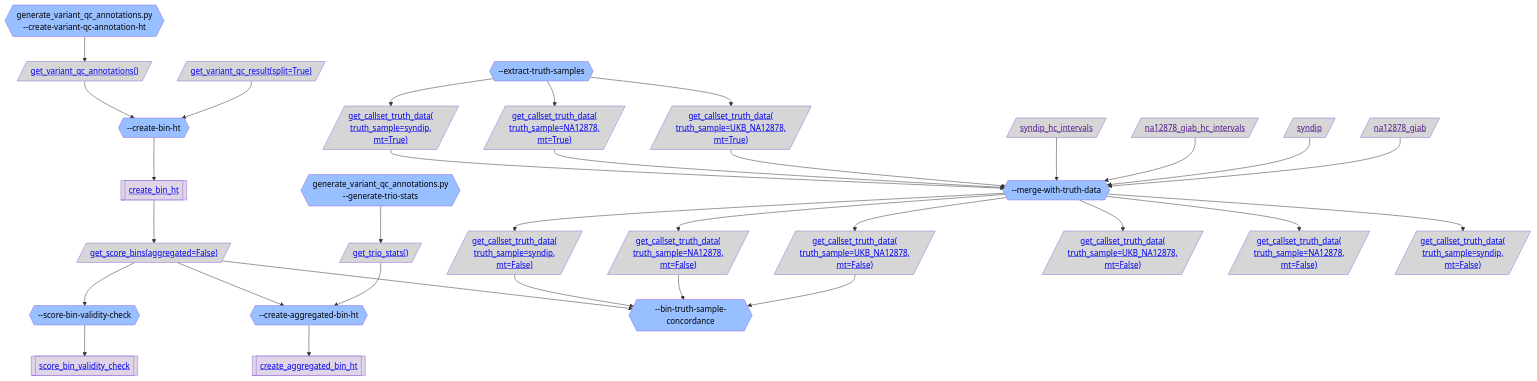
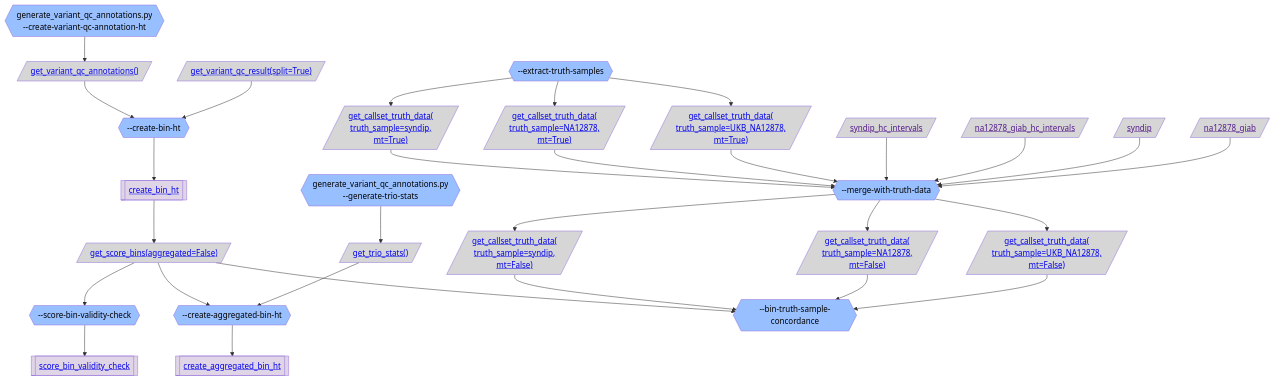
Before and after one commit to broadinstitute/gnomad_qc: the third of 5 diagrams in gnomad_qc/v4/variant_qc/README.md, drawn with Mermaid. The commit also changed other lines of this file and 13 other files, not shown here.

```diff
--- a/gnomad_qc/v4/variant_qc/README.md
+++ b/gnomad_qc/v4/variant_qc/README.md
@@ -160,7 +150,7 @@
 
   step_create_variant_qc_annotation_ht{{"generate_variant_qc_annotations.py
 --create-variant-qc-annotation-ht"}}:::step_color;
-  resource_get_variant_qc_annotations_[/"<a href='https://github.com/broadinstitute/gnomad_qc/tree/main/gnomad_qc/v4/resources/annotations.py#L149'>get_variant_qc_annotations()</a>"/]:::resource_color;
+  resource_get_variant_qc_annotations[/"<a href='https://github.com/broadinstitute/gnomad_qc/tree/main/gnomad_qc/v4/resources/annotations.py#L149'>get_variant_qc_annotations()</a>"/]:::resource_color;
   step_create_bin_ht{{"--create-bin-ht"}}:::step_color;
   func_create_bin_ht[["<a href='https://github.com/broadinstitute/gnomad_qc/tree/main/gnomad_qc/v4/variant_qc/evaluation.py#L42'>create_bin_ht</a>"]]:::func_color;
   resource_get_variant_qc_result_split_True[/"<a href='https://github.com/broadinstitute/gnomad_qc/tree/main/gnomad_qc/v4/resources/variant_qc.py#L257'>get_variant_qc_result(split=True)</a>"/]:::resource_color;
@@ -171,7 +161,7 @@
   func_create_aggregated_bin_ht[["<a href='https://github.com/broadinstitute/gnomad_qc/tree/main/gnomad_qc/v4/variant_qc/evaluation.py#L135'>create_aggregated_bin_ht</a>"]]:::func_color;
   step_generate_trio_stats{{"generate_variant_qc_annotations.py
 --generate-trio-stats"}}:::step_color;
-  resource_get_trio_stats_[/"<a href='https://github.com/broadinstitute/gnomad_qc/tree/main/gnomad_qc/v4/resources/annotations.py#L113'>get_trio_stats()</a>"/]:::resource_color;
+  resource_get_trio_stats[/"<a href='https://github.com/broadinstitute/gnomad_qc/tree/main/gnomad_qc/v4/resources/annotations.py#L113'>get_trio_stats()</a>"/]:::resource_color;
   step_bin_truth_sample_concordance{{"--bin-truth-sample-concordance"}}:::step_color;
   step_merge_with_truth_data{{"--merge-with-truth-data"}}:::step_color;
   resource_get_callset_truth_data_truth_sample_syndip_mt_False[/"<a href='https://github.com/broadinstitute/gnomad_qc/tree/main/gnomad_qc/v4/resources/variant_qc.py#L119'>get_callset_truth_data(
@@ -187,15 +177,6 @@
   resource_get_callset_truth_data_truth_sample_syndip_mt_True[/"<a href='https://github.com/broadinstitute/gnomad_qc/tree/main/gnomad_qc/v4/resources/variant_qc.py#L119'>get_callset_truth_data(
 truth_sample=syndip,
 mt=True)</a>"/]:::resource_color;
-  get_callset_truth_data_truth_sample_UKB_NA12878_mt_False[/"<a href='https://github.com/broadinstitute/gnomad_qc/tree/main/gnomad_qc/v4/resources/variant_qc.py#L119'>get_callset_truth_data(
-truth_sample=UKB_NA12878,
-mt=False)</a>"/]:::resource_color;
-  get_callset_truth_data_truth_sample_NA12878_mt_False[/"<a href='https://github.com/broadinstitute/gnomad_qc/tree/main/gnomad_qc/v4/resources/variant_qc.py#L119'>get_callset_truth_data(
-truth_sample=NA12878,
-mt=False)</a>"/]:::resource_color;
-  get_callset_truth_data_truth_sample_syndip_mt_False[/"<a href='https://github.com/broadinstitute/gnomad_qc/tree/main/gnomad_qc/v4/resources/variant_qc.py#L119'>get_callset_truth_data(
-truth_sample=syndip,
-mt=False)</a>"/]:::resource_color;
   resource_get_callset_truth_data_truth_sample_NA12878_mt_True[/"<a href='https://github.com/broadinstitute/gnomad_qc/tree/main/gnomad_qc/v4/resources/variant_qc.py#L119'>get_callset_truth_data(
 truth_sample=NA12878,
 mt=True)</a>"/]:::resource_color;
@@ -206,8 +187,8 @@
   resource_na12878_giab_hc_intervals[/"<a href=''>na12878_giab_hc_intervals</a>"/]:::resource_color;
   resource_syndip[/"<a href=''>syndip</a>"/]:::resource_color;
   resource_na12878_giab[/"<a href=''>na12878_giab</a>"/]:::resource_color;
-  step_create_variant_qc_annotation_ht --> resource_get_variant_qc_annotations_;
-  resource_get_variant_qc_annotations_ --> step_create_bin_ht;
+  step_create_variant_qc_annotation_ht --> resource_get_variant_qc_annotations;
+  resource_get_variant_qc_annotations --> step_create_bin_ht;
   step_create_bin_ht --> func_create_bin_ht;
   resource_get_variant_qc_result_split_True --> step_create_bin_ht;
   func_create_bin_ht --> resource_get_score_bins_aggregated_False;
@@ -215,8 +196,8 @@
   step_score_bin_validity_check --> func_score_bin_validity_check;
   resource_get_score_bins_aggregated_False --> step_create_aggregated_bin_ht;
   step_create_aggregated_bin_ht --> func_create_aggregated_bin_ht;
-  step_generate_trio_stats --> resource_get_trio_stats_;
-  resource_get_trio_stats_ --> step_create_aggregated_bin_ht;
+  step_generate_trio_stats --> resource_get_trio_stats;
+  resource_get_trio_stats --> step_create_aggregated_bin_ht;
   resource_get_score_bins_aggregated_False --> step_bin_truth_sample_concordance;
   step_merge_with_truth_data --> resource_get_callset_truth_data_truth_sample_syndip_mt_False;
   resource_get_callset_truth_data_truth_sample_syndip_mt_False --> step_bin_truth_sample_concordance;
@@ -226,9 +207,6 @@
   resource_get_callset_truth_data_truth_sample_UKB_NA12878_mt_False --> step_bin_truth_sample_concordance;
   step_extract_truth_samples --> resource_get_callset_truth_data_truth_sample_syndip_mt_True;
   resource_get_callset_truth_data_truth_sample_syndip_mt_True --> step_merge_with_truth_data;
-  step_merge_with_truth_data --> get_callset_truth_data_truth_sample_UKB_NA12878_mt_False;
-  step_merge_with_truth_data --> get_callset_truth_data_truth_sample_NA12878_mt_False;
-  step_merge_with_truth_data --> get_callset_truth_data_truth_sample_syndip_mt_False;
   step_extract_truth_samples --> resource_get_callset_truth_data_truth_sample_NA12878_mt_True;
   resource_get_callset_truth_data_truth_sample_NA12878_mt_True --> step_merge_with_truth_data;
   step_extract_truth_samples --> resource_get_callset_truth_data_truth_sample_UKB_NA12878_mt_True;
```
